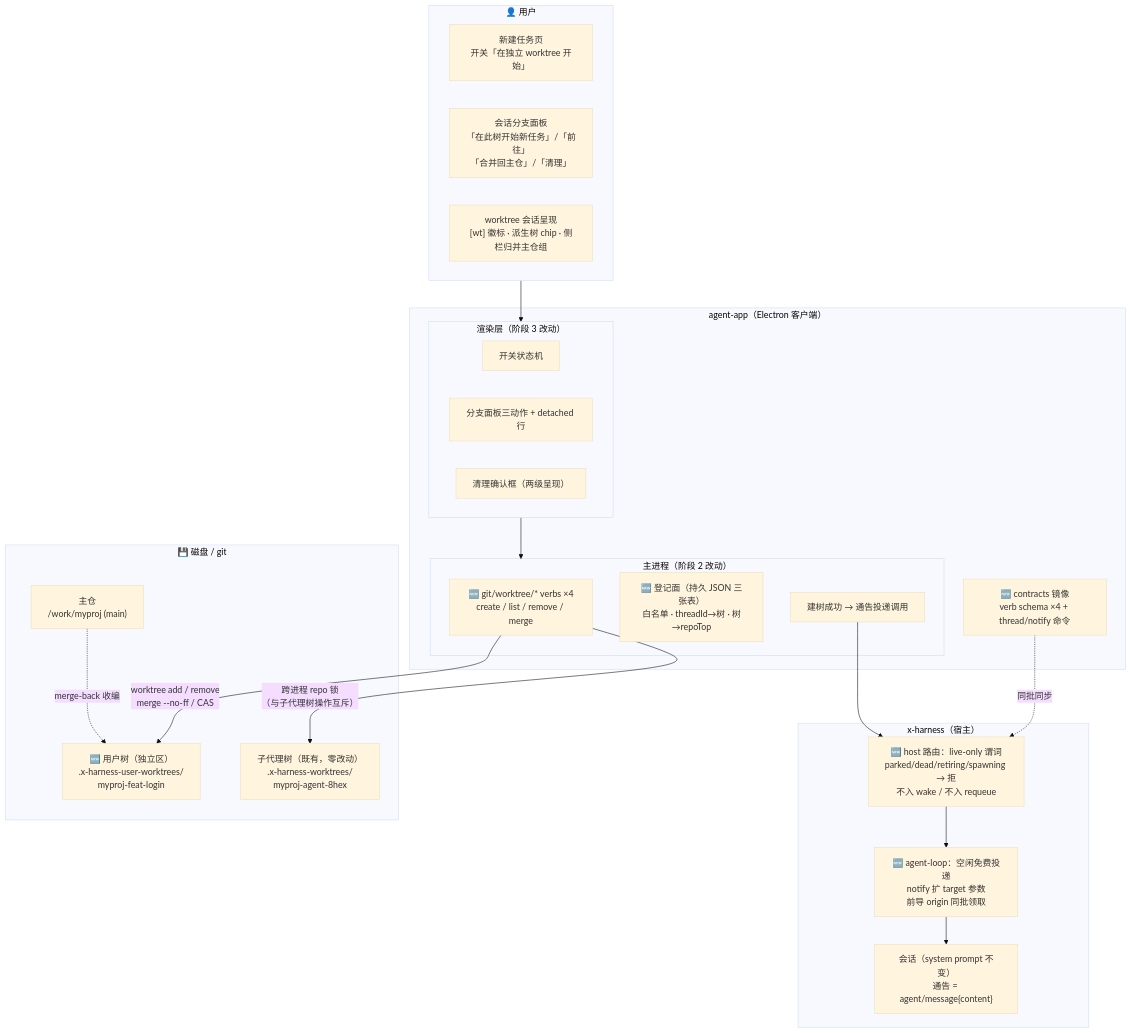
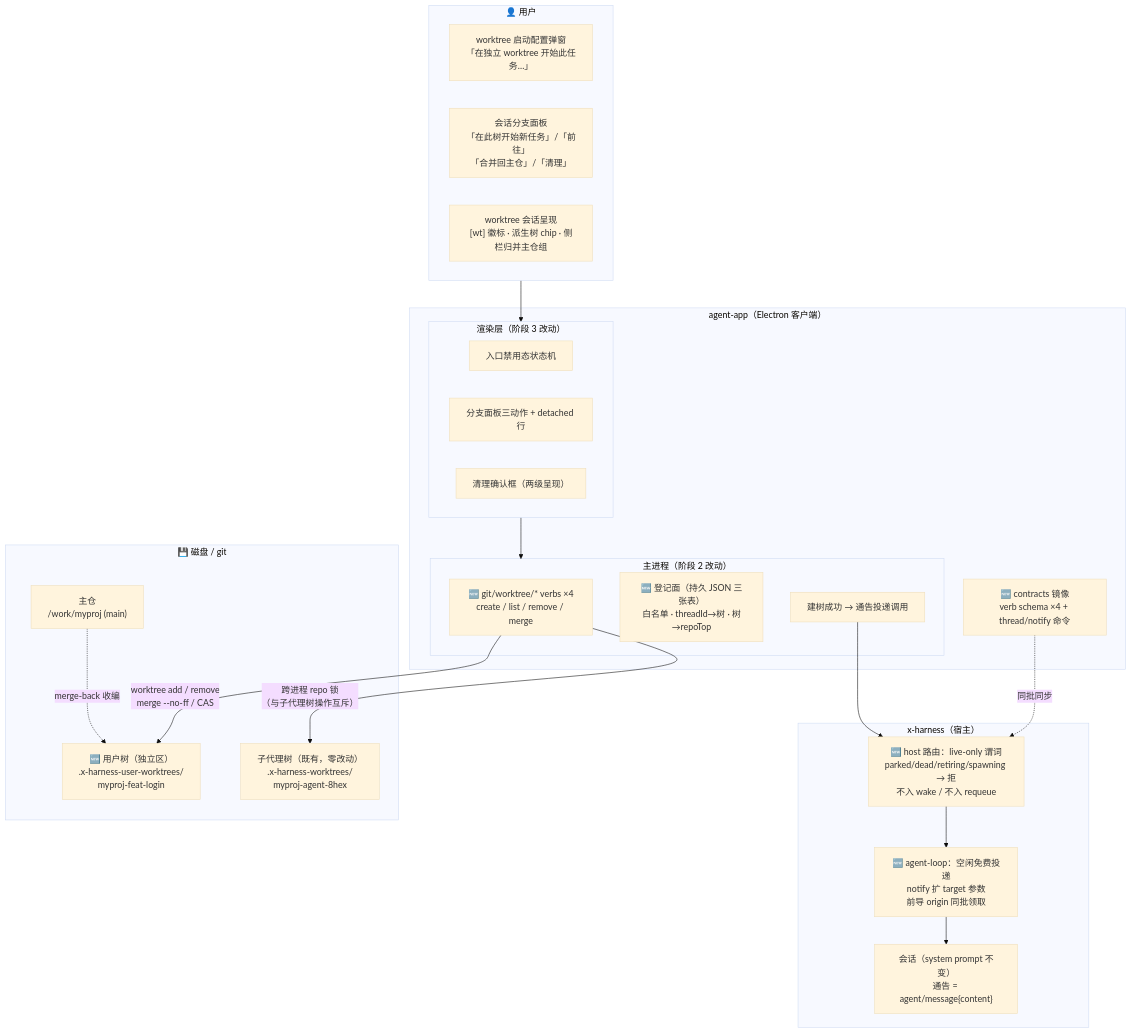
Before and after one commit to renxqoo/x-harness: the first of 5 diagrams in docs/SESSION-WORKTREE-WORKFLOW-DIAGRAMS.md, drawn with Mermaid (base theme). The commit also changed other lines of this file and 51 other files, not shown here.

````diff
--- a/docs/SESSION-WORKTREE-WORKFLOW-DIAGRAMS.md
+++ b/docs/SESSION-WORKTREE-WORKFLOW-DIAGRAMS.md
@@ -7,41 +7,41 @@
 ```mermaid
 flowchart TB
     subgraph USER["👤 用户"]
-        UI1["新建任务页<br/>开关「在独立 worktree 开始」"]
+        UI1["worktree 启动配置弹窗<br/>「在独立 worktree 开始此任务…」"]
         UI2["会话分支面板<br/>「在此树开始新任务」/「前往」<br/>「合并回主仓」/「清理」"]
         UI3["worktree 会话呈现<br/>[wt] 徽标 · 派生树 chip · 侧栏归并主仓组"]
     end
 
     subgraph APP["agent-app（Electron 客户端）"]
         subgraph RENDER["渲染层（阶段 3 改动）"]
-            SW["开关状态机"]
+            SW["入口禁用态状态机"]
             PANEL["分支面板三动作 + detached 行"]
             CONFIRM["清理确认框（两级呈现）"]
         end
         subgraph MAIN["主进程（阶段 2 改动）"]
             VERBS["🆕 git/worktree/* verbs ×4<br/>create / list / remove / merge"]
             REG["🆕 登记面（持久 JSON 三张表）<br/>白名单 · threadId→树 · 树→repoTop"]
             NOTIFY_CALL["建树成功 → 通告投递调用"]
         end
         CONTRACTS["🆕 contracts 镜像<br/>verb schema ×4 + thread/notify 命令"]
     end
 
     subgraph HUB["x-harness（宿主）"]
         ROUTE["🆕 host 路由：live-only 谓词<br/>parked/dead/retiring/spawning → 拒<br/>不入 wake / 不入 requeue"]
         LOOP["🆕 agent-loop：空闲免费投递<br/>notify 扩 target 参数<br/>前导 origin 同批领取"]
         SESSION["会话（system prompt 不变）<br/>通告 = agent/message{content}"]
     end
 
     subgraph FS["💾 磁盘 / git"]
         MAINREPO["主仓<br/>/work/myproj (main)"]
         WTTREE["🆕 用户树（独立区）<br/>.x-harness-user-worktrees/<br/>myproj-feat-login"]
         AGTREE["子代理树（既有，零改动）<br/>.x-harness-worktrees/<br/>myproj-agent-8hex"]
     end
 
     USER --> RENDER --> MAIN
     VERBS -->|"worktree add / remove<br/>merge --no-ff / CAS"| WTTREE
     VERBS -->|"跨进程 repo 锁<br/>（与子代理树操作互斥）"| AGTREE
     MAINREPO -.->|"merge-back 收编"| WTTREE
     NOTIFY_CALL --> ROUTE --> LOOP --> SESSION
     CONTRACTS -.->|"同批同步"| ROUTE
 ```
````
